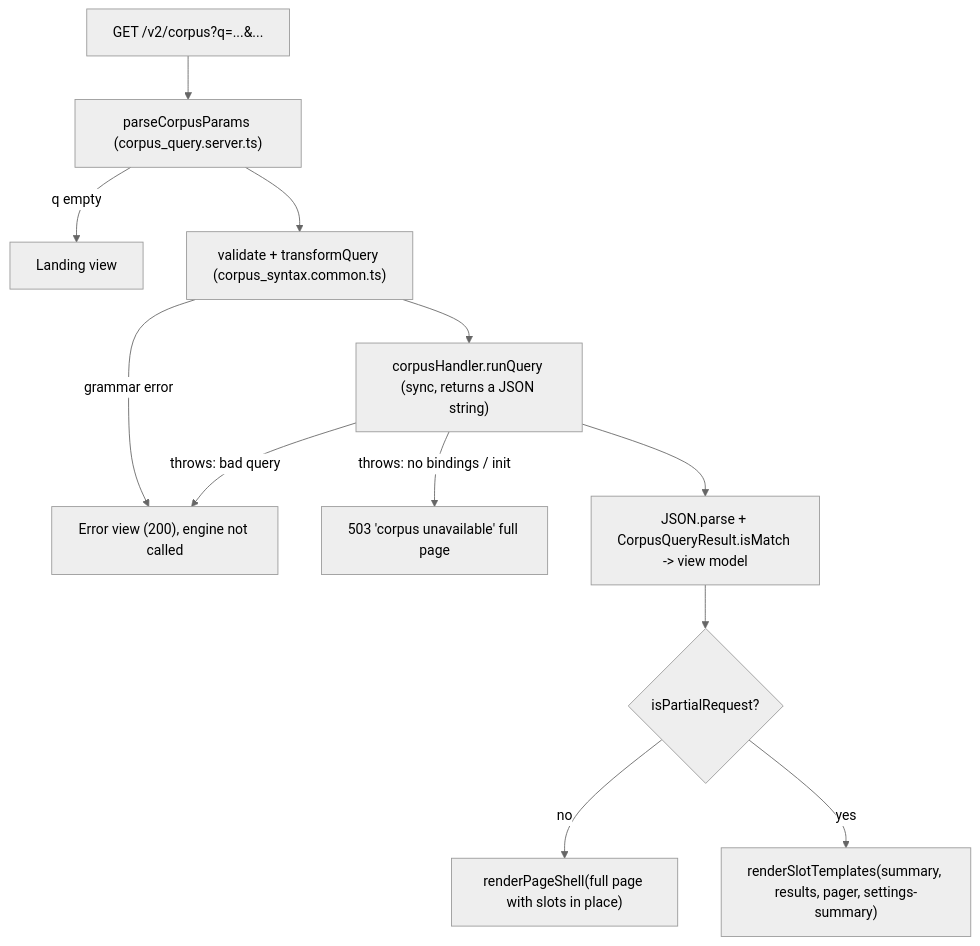
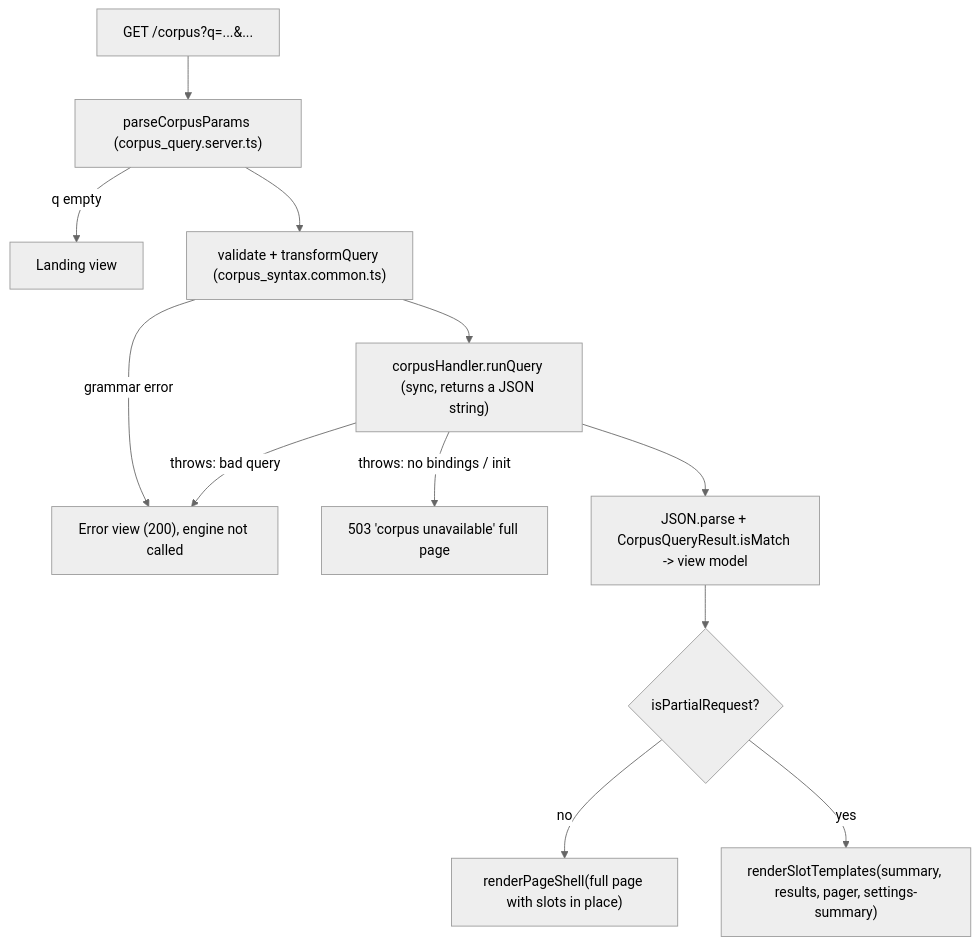
Before and after one commit to nkprasad12/morcus-net: the diagram in src/web/v2/corpus/README.md, drawn with Mermaid (neutral theme). The commit also changed other lines of this file and 103 other files, not shown here.

````diff
--- a/src/web/v2/corpus/README.md
+++ b/src/web/v2/corpus/README.md
@@ -29,14 +29,14 @@
 ```mermaid
 flowchart TD
-  R["GET /v2/corpus?q=...&..."] --> P["parseCorpusParams (corpus_query.server.ts)"]
+  R["GET /corpus?q=...&..."] --> P["parseCorpusParams (corpus_query.server.ts)"]
   P -->|q empty| L["Landing view"]
   P --> V["validate + transformQuery (corpus_syntax.common.ts)"]
   V -->|grammar error| E["Error view (200), engine not called"]
   V --> Q["corpusHandler.runQuery (sync, returns a JSON string)"]
   Q -->|throws: bad query| E
   Q -->|throws: no bindings / init| U["503 'corpus unavailable' full page"]
   Q --> M["JSON.parse + CorpusQueryResult.isMatch -> view model"]
   M --> S{"isPartialRequest?"}
   S -->|no| F["renderPageShell(full page with slots in place)"]
   S -->|yes| T["renderSlotTemplates(summary, results, pager, settings-summary)"]
 ```
````
